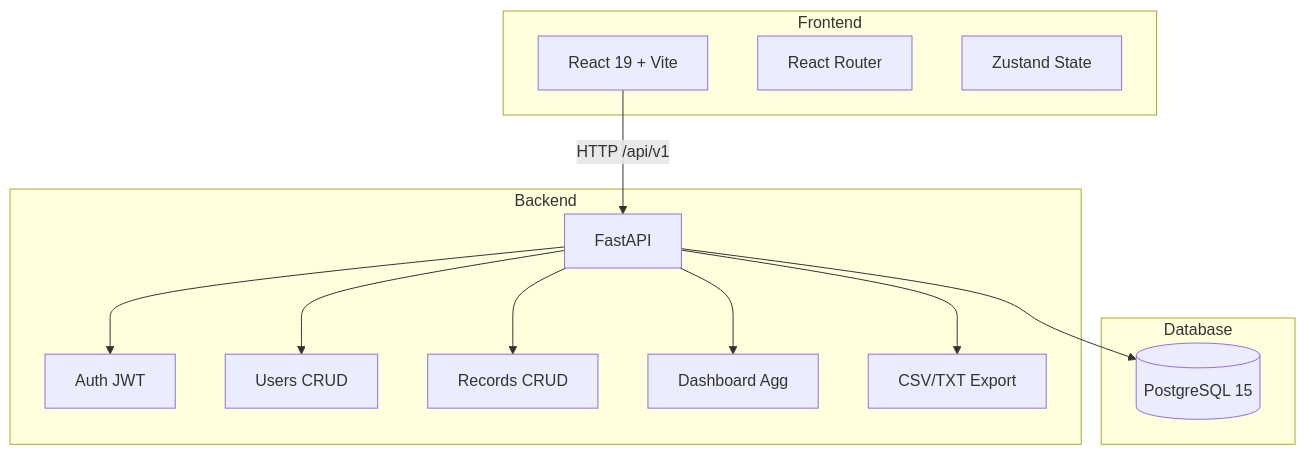
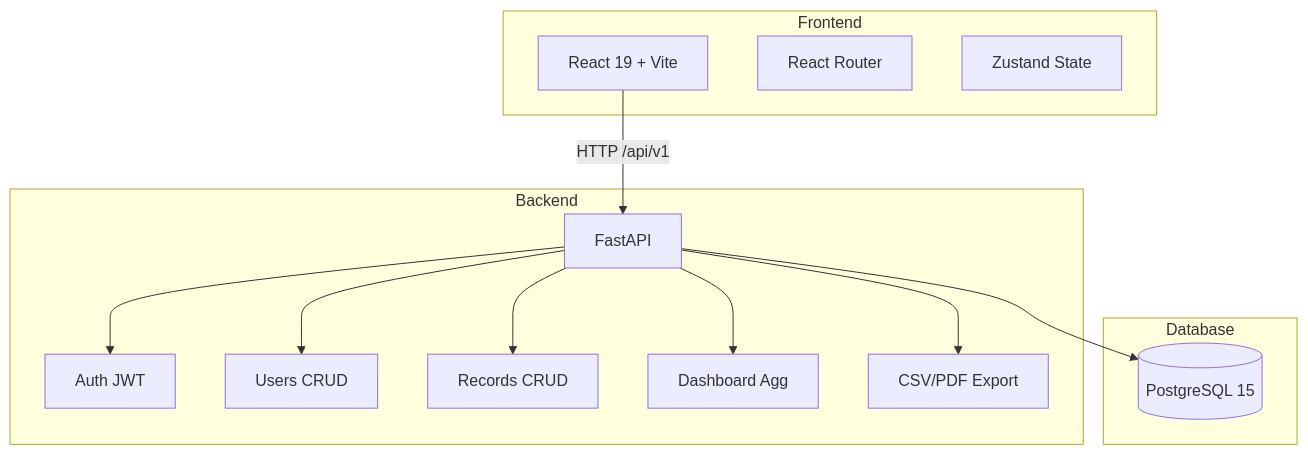
Before and after one commit to Zburgers/obsidian-ledger: the first of 2 diagrams in README.md, drawn with Mermaid. The commit also changed other lines of this file and 11 other files, not shown here.

Commit message:
fix(export): restore working PDF export flow across frontend and API

````diff
--- a/README.md
+++ b/README.md
@@ -9,29 +9,29 @@
 ```mermaid
 graph TB
     subgraph Frontend
         React[React 19 + Vite]
         Router[React Router]
         Zustand[Zustand State]
     end
 
     subgraph Backend
         FastAPI[FastAPI]
         Auth[Auth JWT]
         Users[Users CRUD]
         Records[Records CRUD]
         Dashboard[Dashboard Agg]
-        Export[CSV/TXT Export]
+        Export[CSV/PDF Export]
     end
 
     subgraph Database
         PG[(PostgreSQL 15)]
     end
 
     React -->|HTTP /api/v1| FastAPI
     FastAPI --> Auth
     FastAPI --> Users
     FastAPI --> Records
     FastAPI --> Dashboard
     FastAPI --> Export
     FastAPI --> PG
 ```
````
